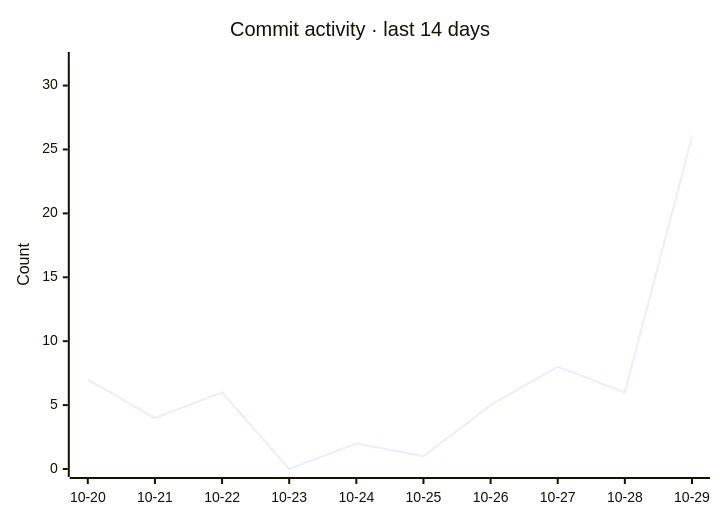
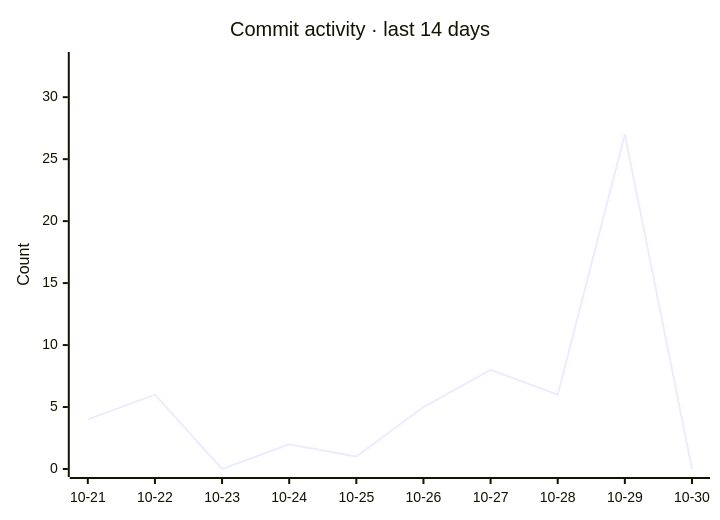
Before and after one commit to razzaqinspires/whiskay-bot: the second of 2 diagrams in README.md, drawn with Mermaid. The commit also changed other lines of this file and 2 other files, not shown here.

Commit message:
chore(metrics): refresh GitHub traffic and update timestamp [skip ci]

````diff
--- a/README.md
+++ b/README.md
@@ -329,7 +329,7 @@
 ```mermaid
 xychart-beta
     title "Commit activity · last 14 days"
-    x-axis ["10-20", "10-21", "10-22", "10-23", "10-24", "10-25", "10-26", "10-27", "10-28", "10-29"]
-    y-axis "Count" 0 --> 32
-    line [7, 4, 6, 0, 2, 1, 5, 8, 6, 26]
+    x-axis ["10-21", "10-22", "10-23", "10-24", "10-25", "10-26", "10-27", "10-28", "10-29", "10-30"]
+    y-axis "Count" 0 --> 33
+    line [4, 6, 0, 2, 1, 5, 8, 6, 27, 0]
 ```
````
